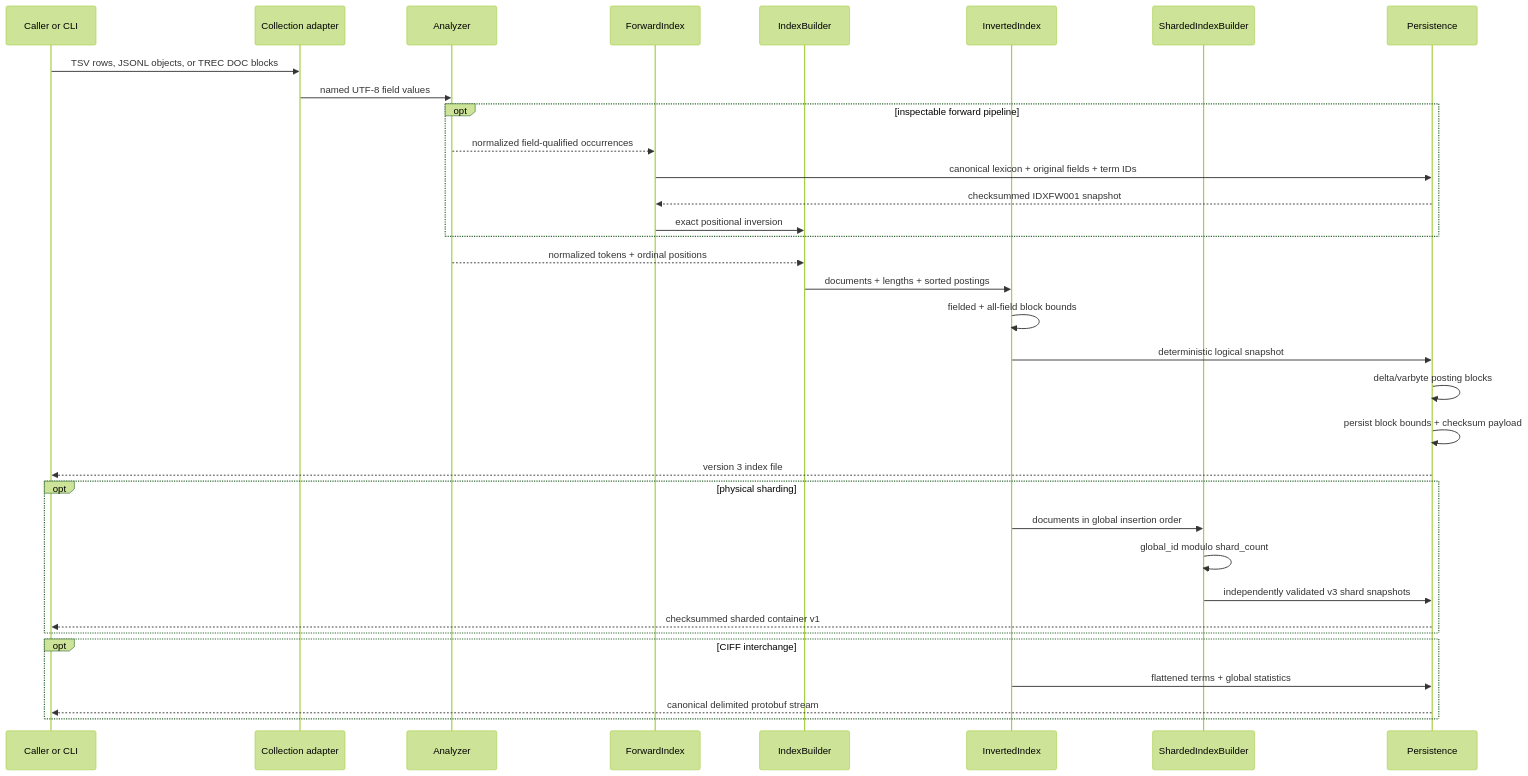
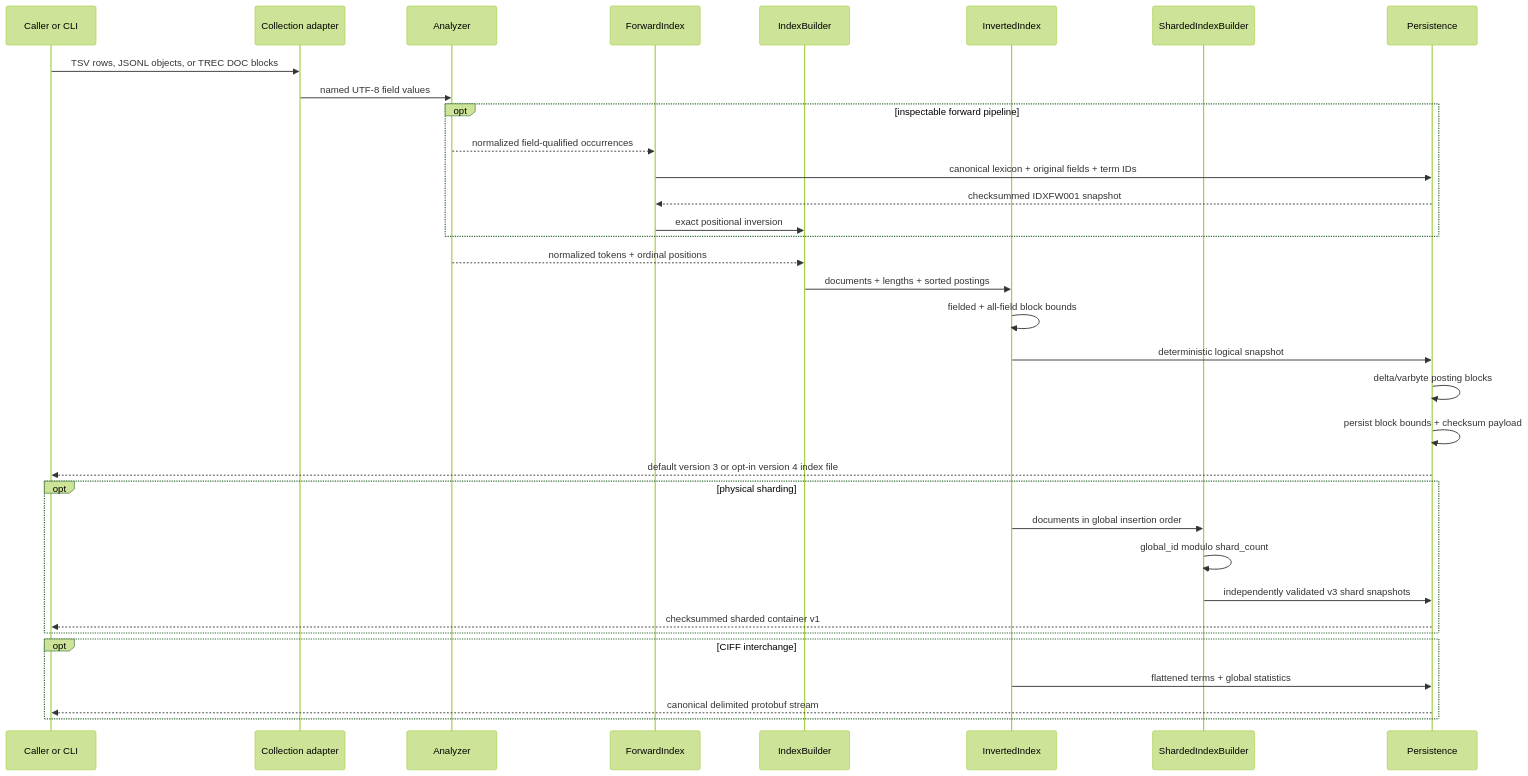
One commit to appleweiping/IndexSail changed the first of 2 diagrams in docs/architecture.md. Above: the diagram before and after it, drawn with Mermaid (forest theme). The commit also changed other lines of this file and 13 other files, not shown here.

````diff
--- a/docs/architecture.md
+++ b/docs/architecture.md
@@ -27,37 +28,37 @@
 ```mermaid
 sequenceDiagram
     participant U as Caller or CLI
     participant A as Collection adapter
     participant N as Analyzer
     participant F as ForwardIndex
     participant B as IndexBuilder
     participant I as InvertedIndex
     participant S as ShardedIndexBuilder
     participant P as Persistence
 
     U->>A: TSV rows, JSONL objects, or TREC DOC blocks
     A->>N: named UTF-8 field values
     opt inspectable forward pipeline
         N-->>F: normalized field-qualified occurrences
         F->>P: canonical lexicon + original fields + term IDs
         P-->>F: checksummed IDXFW001 snapshot
         F->>B: exact positional inversion
     end
     N-->>B: normalized tokens + ordinal positions
     B->>I: documents + lengths + sorted postings
     I->>I: fielded + all-field block bounds
     I->>P: deterministic logical snapshot
     P->>P: delta/varbyte posting blocks
     P->>P: persist block bounds + checksum payload
-    P-->>U: version 3 index file
+    P-->>U: default version 3 or opt-in version 4 index file
     opt physical sharding
         I->>S: documents in global insertion order
         S->>S: global_id modulo shard_count
         S->>P: independently validated v3 shard snapshots
         P-->>U: checksummed sharded container v1
     end
     opt CIFF interchange
         I->>P: flattened terms + global statistics
         P-->>U: canonical delimited protobuf stream
     end
 ```
````
